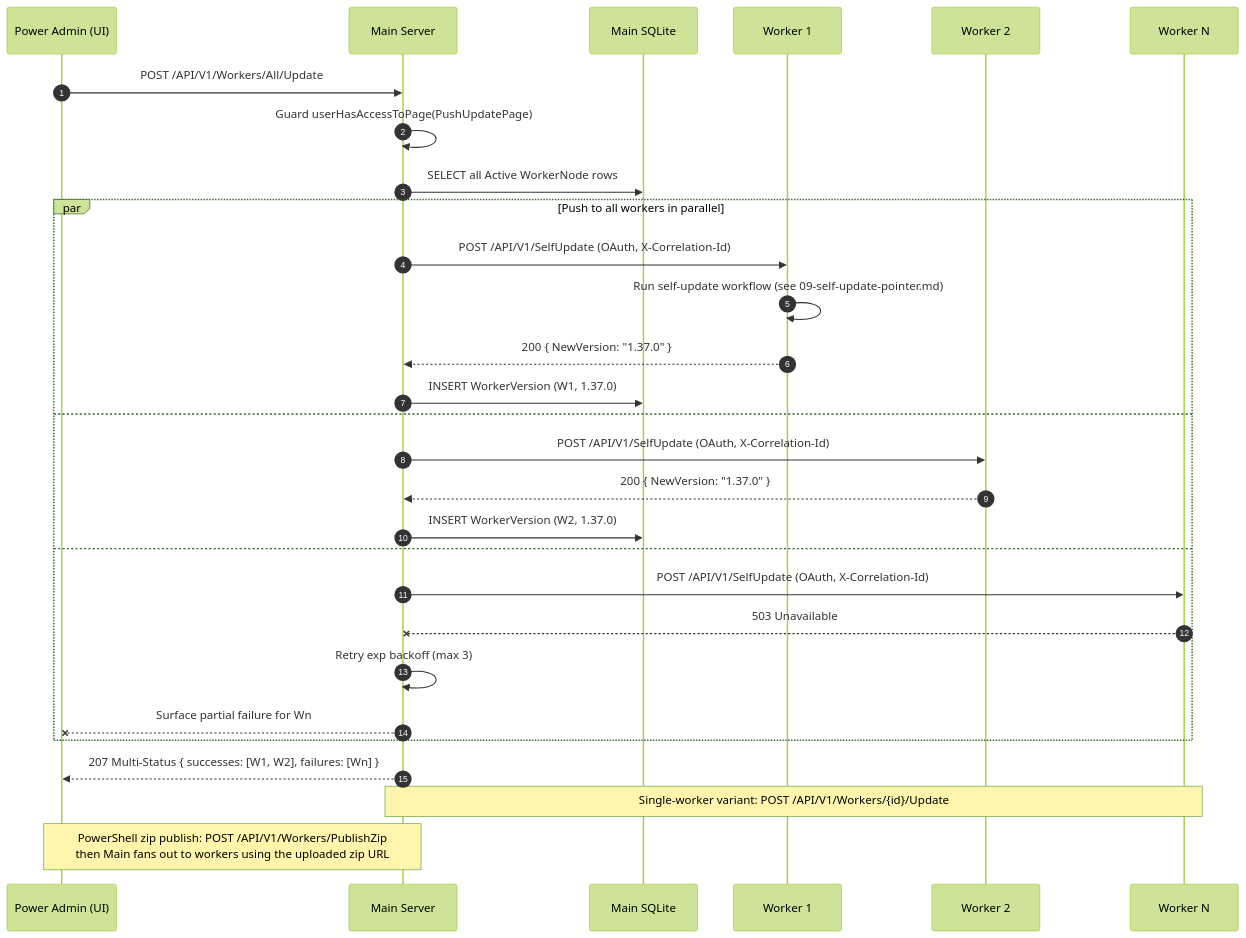
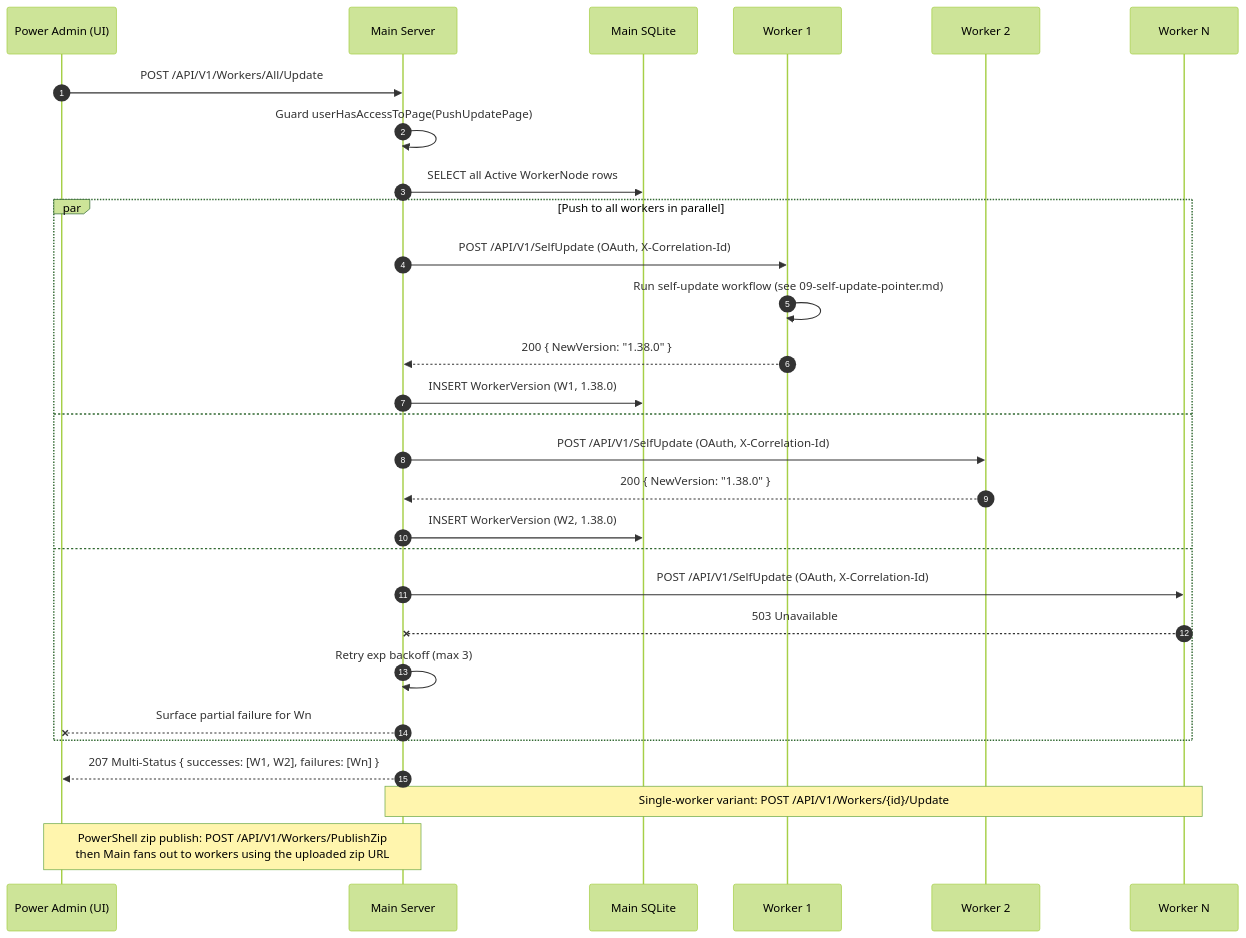
The diagram in spec/19-main-worker-service/diagrams/seq-push-update.mmd (alimtvnetwork/prompt-architect-v2), drawn with Mermaid (forest theme) before and after one commit. The commit also changed 15 other files, not shown here.

Commit message:
docs(readme): add author and lead architect section and release v1.38.0

```diff
--- a/spec/19-main-worker-service/diagrams/seq-push-update.mmd
+++ b/spec/19-main-worker-service/diagrams/seq-push-update.mmd
@@ -1,43 +1,43 @@
 %% ==========================================================
 %% NON-AUTHORITATIVE PROJECTION
 %% ==========================================================
 %% Subject:        Power-Admin push-update fan-out
 %% Authoritative:  spec/14-update/28-worker-push-instruction.md + spec/19/15-tunable-constants.md
 %% Status:         Illustrative only. If this diagram disagrees
 %%                 with the authoritative spec(s) above, the
 %%                 spec wins and this file is the bug.
 %% Banner version: 1.0.0 (2026-05-04, audit fix #9)
 %% ==========================================================
 sequenceDiagram
     autonumber
     participant Admin as Power Admin (UI)
     participant Main as Main Server
     participant DB as Main SQLite
     participant W1 as Worker 1
     participant W2 as Worker 2
     participant Wn as Worker N
 
     Admin->>Main: POST /API/V1/Workers/All/Update
     Main->>Main: Guard userHasAccessToPage(PushUpdatePage)
     Main->>DB: SELECT all Active WorkerNode rows
 
     par Push to all workers in parallel
         Main->>W1: POST /API/V1/SelfUpdate (OAuth, X-Correlation-Id)
         W1->>W1: Run self-update workflow (see 09-self-update-pointer.md)
-        W1-->>Main: 200 { NewVersion: "1.37.0" }
-        Main->>DB: INSERT WorkerVersion (W1, 1.37.0)
+        W1-->>Main: 200 { NewVersion: "1.38.0" }
+        Main->>DB: INSERT WorkerVersion (W1, 1.38.0)
     and
         Main->>W2: POST /API/V1/SelfUpdate (OAuth, X-Correlation-Id)
-        W2-->>Main: 200 { NewVersion: "1.37.0" }
-        Main->>DB: INSERT WorkerVersion (W2, 1.37.0)
+        W2-->>Main: 200 { NewVersion: "1.38.0" }
+        Main->>DB: INSERT WorkerVersion (W2, 1.38.0)
     and
         Main->>Wn: POST /API/V1/SelfUpdate (OAuth, X-Correlation-Id)
         Wn--xMain: 503 Unavailable
         Main->>Main: Retry exp backoff (max 3)
         Main--xAdmin: Surface partial failure for Wn
     end
 
     Main-->>Admin: 207 Multi-Status { successes: [W1, W2], failures: [Wn] }
 
     Note over Main,Wn: Single-worker variant: POST /API/V1/Workers/{id}/Update
     Note over Admin,Main: PowerShell zip publish: POST /API/V1/Workers/PublishZip<br/>then Main fans out to workers using the uploaded zip URL
```
